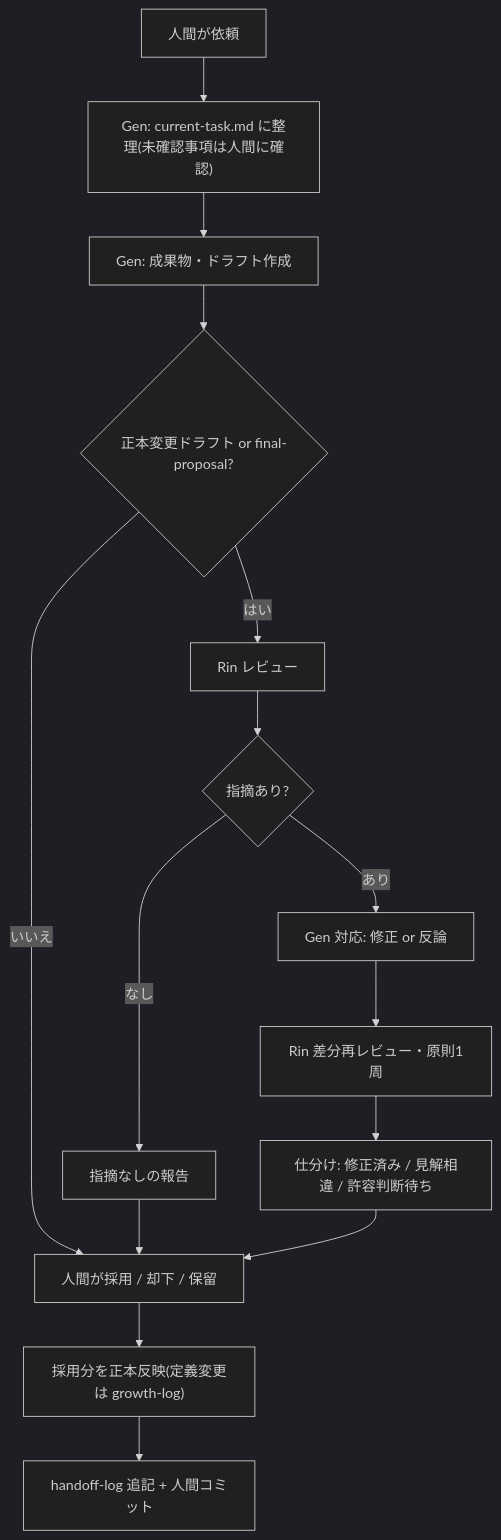
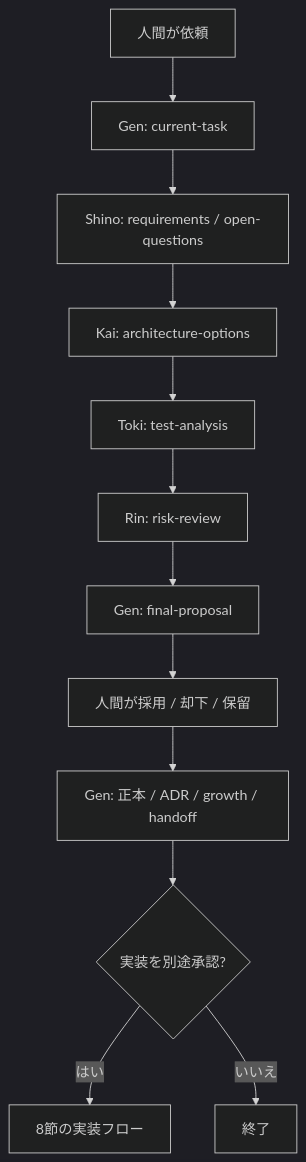
The diagram in docs/agent/workflow.md (shun/agent-team), drawn with Mermaid (dark theme) before and after one commit. The commit also changed other lines of this file and 6 other files, not shown here.

````diff
--- a/docs/agent/workflow.md
+++ b/docs/agent/workflow.md
@@ -31,16 +65,14 @@
 ```mermaid
 flowchart TD
-    %% 正は workflow.md 1節の番号付きリスト。図と食い違う場合はリストに従う
-    A[人間が依頼] --> B["Gen: current-task.md に整理(未確認事項は人間に確認)"]
-    B --> C[Gen: 成果物・ドラフト作成]
-    C --> D{正本変更ドラフト or final-proposal?}
-    D -- いいえ --> H
-    D -- はい --> E[Rin レビュー]
-    E --> F{指摘あり?}
-    F -- なし --> G[指摘なしの報告]
-    F -- あり --> R[Gen 対応: 修正 or 反論] --> R2[Rin 差分再レビュー・原則1周] --> S[仕分け: 修正済み / 見解相違 / 許容判断待ち]
+    A[人間が依頼] --> B[Gen: current-task]
+    B --> C[Shino: requirements / open-questions]
+    C --> D[Kai: architecture-options]
+    D --> E[Toki: test-analysis]
+    E --> F[Rin: risk-review]
+    F --> G[Gen: final-proposal]
     G --> H[人間が採用 / 却下 / 保留]
-    S --> H
-    H --> I["採用分を正本反映(定義変更は growth-log)"]
-    I --> J[handoff-log 追記 + 人間コミット]
+    H --> I[Gen: 正本 / ADR / growth / handoff]
+    I --> J{実装を別途承認?}
+    J -- はい --> K[8節の実装フロー]
+    J -- いいえ --> L[終了]
 ```
````
